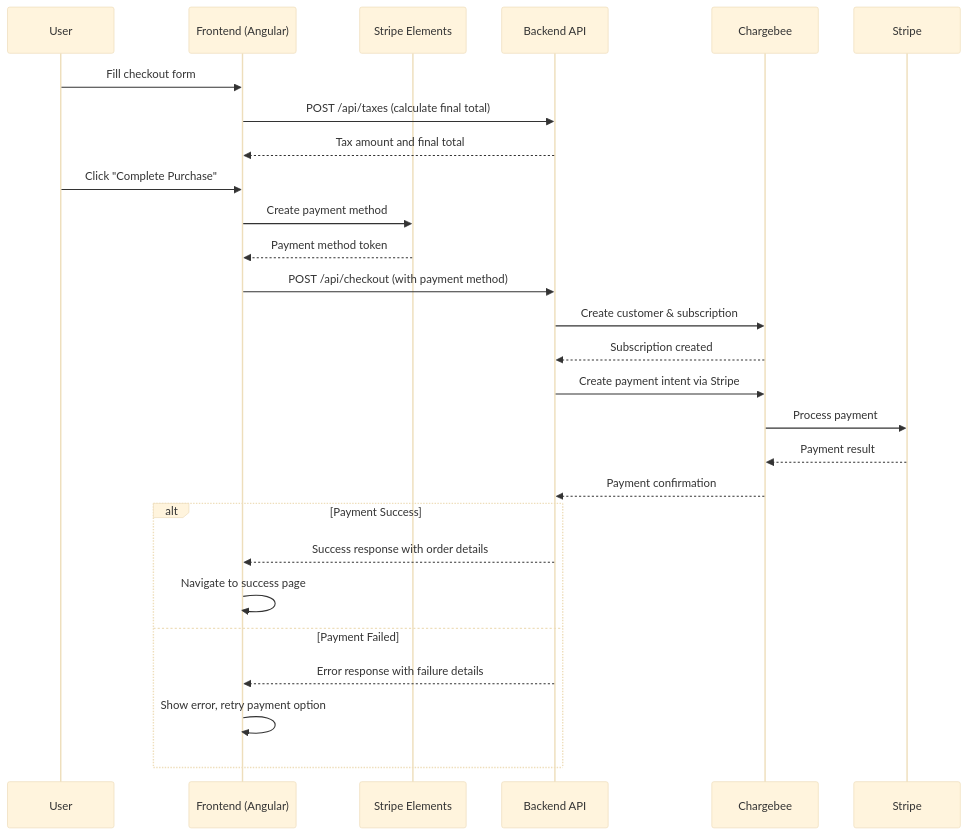
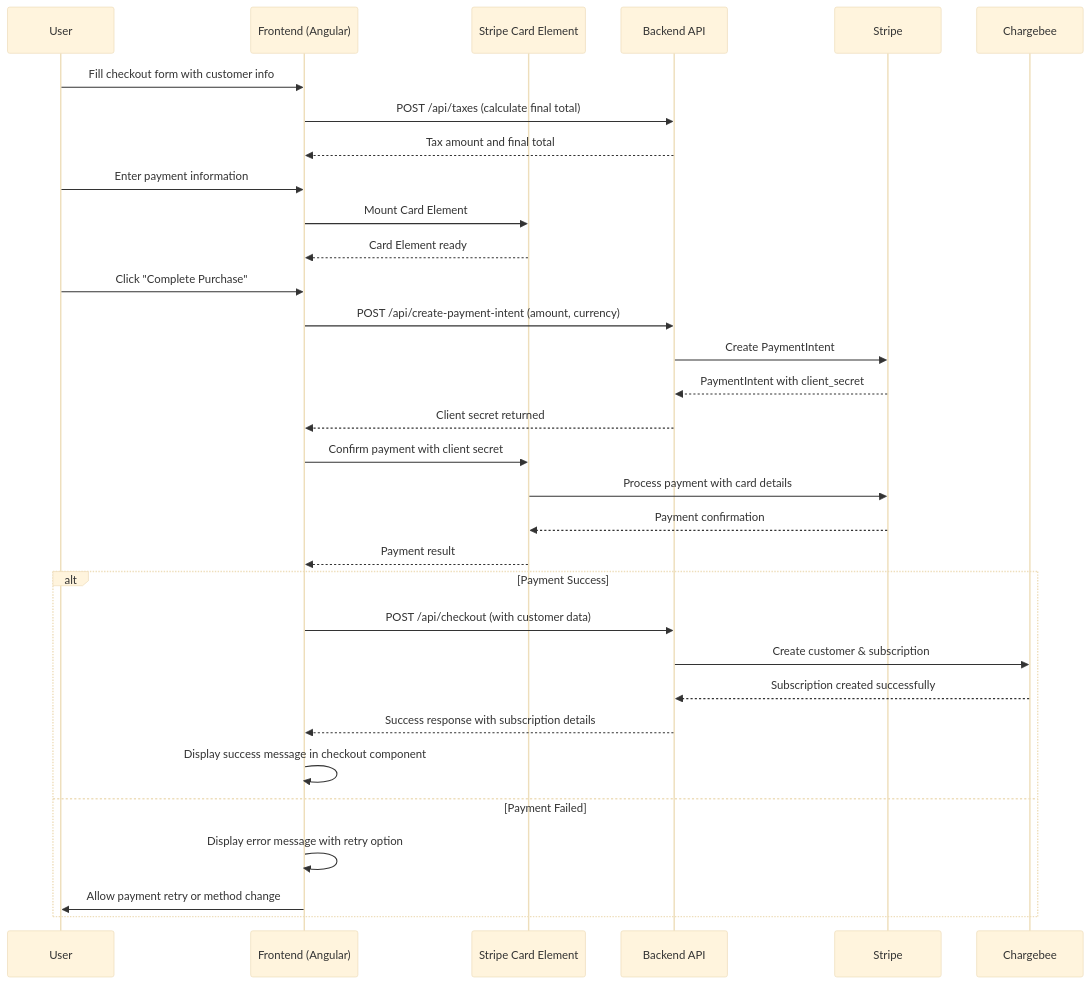
Before and after one commit to himanshu4141/simple-price-calculator: the diagram in PHASE_3_PLANNING.md, drawn with Mermaid (base theme). The commit also changed other lines of this file and 3 other files, not shown here.

````diff
--- a/PHASE_3_PLANNING.md
+++ b/PHASE_3_PLANNING.md
@@ -24,33 +49,39 @@
 ```mermaid
 sequenceDiagram
     participant U as User
     participant FE as Frontend (Angular)
-    participant SE as Stripe Elements
+    participant CE as Stripe Card Element
     participant API as Backend API
+    participant ST as Stripe
     participant CB as Chargebee
-    participant ST as Stripe
     
-    U->>FE: Fill checkout form
+    U->>FE: Fill checkout form with customer info
     FE->>API: POST /api/taxes (calculate final total)
     API-->>FE: Tax amount and final total
     
+    U->>FE: Enter payment information
+    FE->>CE: Mount Card Element
+    CE-->>FE: Card Element ready
+    
     U->>FE: Click "Complete Purchase"
-    FE->>SE: Create payment method
-    SE-->>FE: Payment method token
+    FE->>API: POST /api/create-payment-intent (amount, currency)
+    API->>ST: Create PaymentIntent
+    ST-->>API: PaymentIntent with client_secret
+    API-->>FE: Client secret returned
     
-    FE->>API: POST /api/checkout (with payment method)
-    API->>CB: Create customer & subscription
-    CB-->>API: Subscription created
-    API->>CB: Create payment intent via Stripe
-    CB->>ST: Process payment
-    ST-->>CB: Payment result
-    CB-->>API: Payment confirmation
+    FE->>CE: Confirm payment with client secret
+    CE->>ST: Process payment with card details
+    ST-->>CE: Payment confirmation
+    CE-->>FE: Payment result
     
     alt Payment Success
-        API-->>FE: Success response with order details
-        FE->>FE: Navigate to success page
+        FE->>API: POST /api/checkout (with customer data)
+        API->>CB: Create customer & subscription
+        CB-->>API: Subscription created successfully
+        API-->>FE: Success response with subscription details
+        FE->>FE: Display success message in checkout component
     else Payment Failed
-        API-->>FE: Error response with failure details
-        FE->>FE: Show error, retry payment option
+        FE->>FE: Display error message with retry option
+        FE->>U: Allow payment retry or method change
     end
 ```
````
